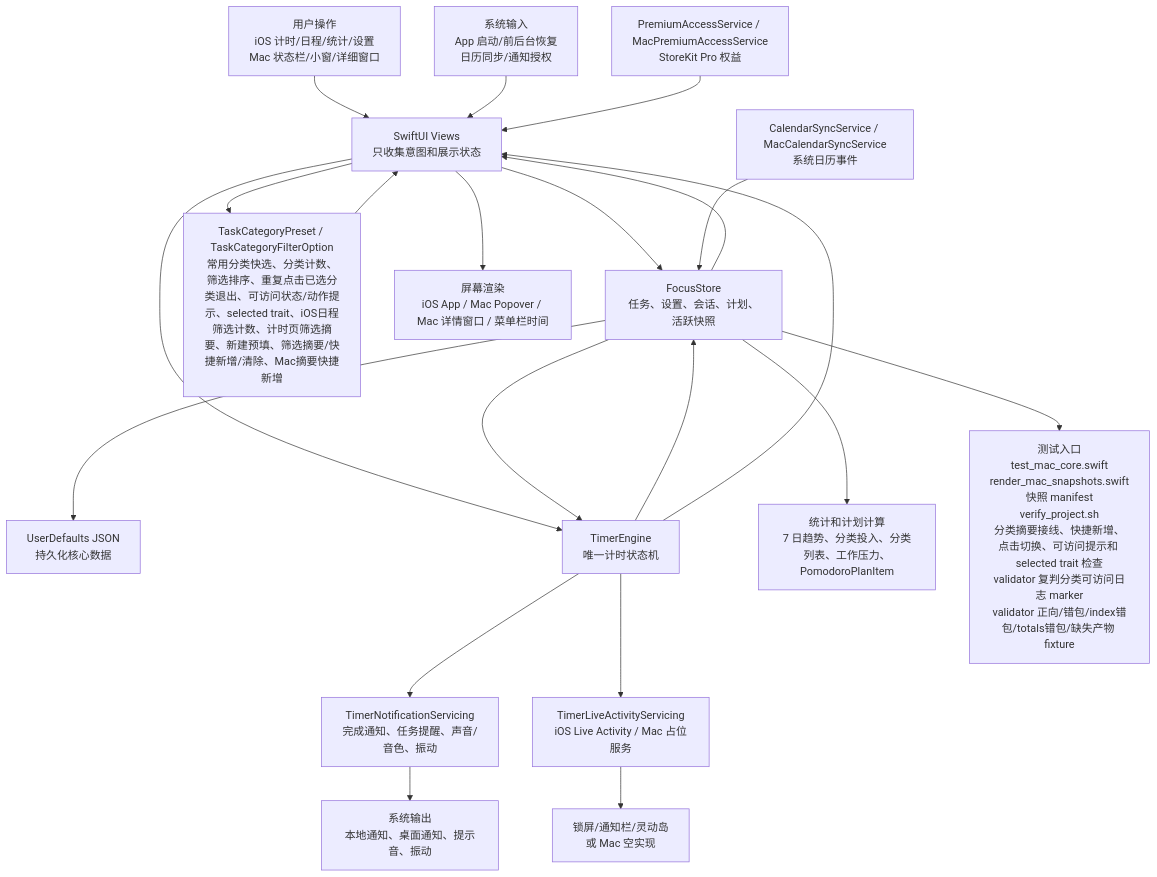
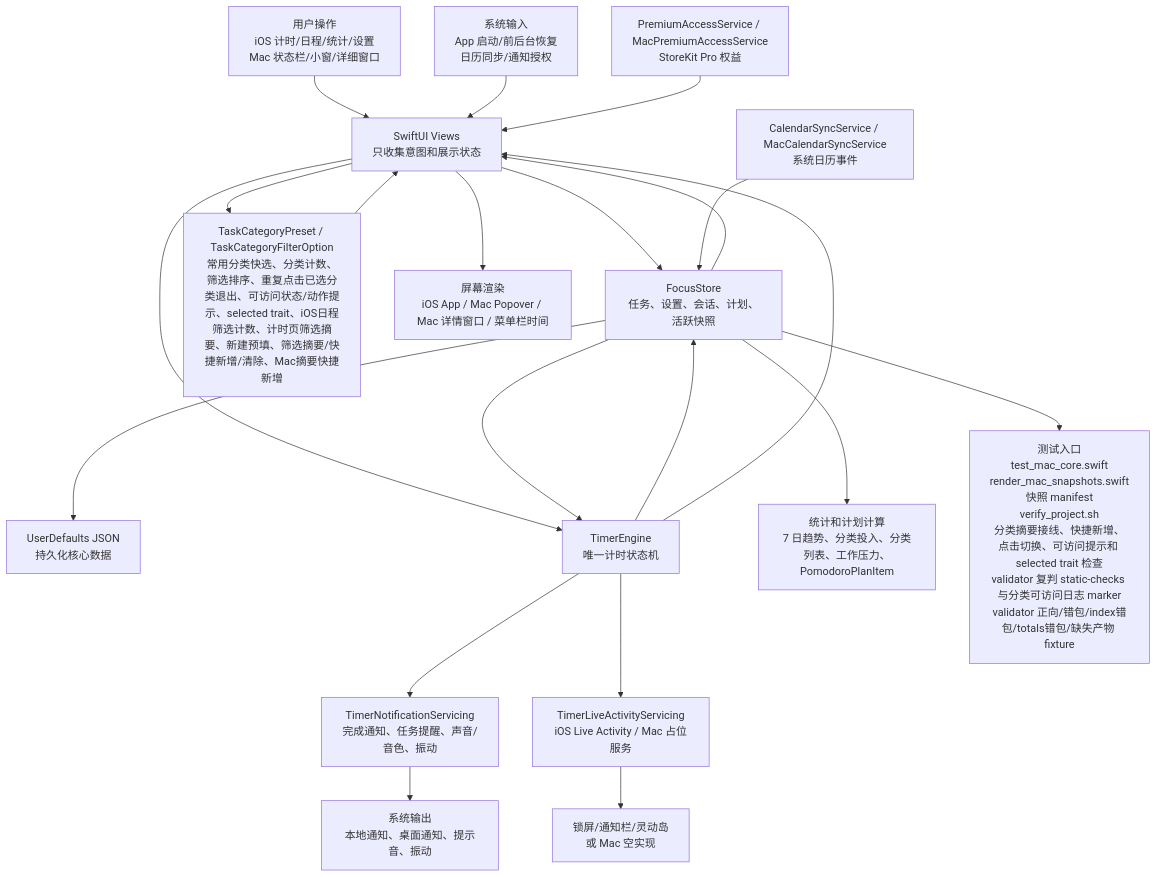
Before and after one commit to Altman-sam114/114: the first of 6 diagrams in md/flow/flowchart.md, drawn with Mermaid. The commit also changed other lines of this file and 7 other files, not shown here.

````diff
--- a/md/flow/flowchart.md
+++ b/md/flow/flowchart.md
@@ -9,23 +9,23 @@
 ```mermaid
 flowchart TD
   U["用户操作<br/>iOS 计时/日程/统计/设置<br/>Mac 状态栏/小窗/详细窗口"] --> V["SwiftUI Views<br/>只收集意图和展示状态"]
   SYS["系统输入<br/>App 启动/前后台恢复<br/>日历同步/通知授权"] --> V
   V --> S["FocusStore<br/>任务、设置、会话、计划、活跃快照"]
   V --> CAT["TaskCategoryPreset / TaskCategoryFilterOption<br/>常用分类快选、分类计数、筛选排序、重复点击已选分类退出、可访问状态/动作提示、selected trait、iOS日程筛选计数、计时页筛选摘要、新建预填、筛选摘要/快捷新增/清除、Mac摘要快捷新增"]
   CAT --> V
   S --> P["UserDefaults JSON<br/>持久化核心数据"]
   V --> E["TimerEngine<br/>唯一计时状态机"]
   S --> E
   E --> S
   E --> N["TimerNotificationServicing<br/>完成通知、任务提醒、声音/音色、振动"]
   E --> L["TimerLiveActivityServicing<br/>iOS Live Activity / Mac 占位服务"]
   S --> C["统计和计划计算<br/>7 日趋势、分类投入、分类列表、工作压力、PomodoroPlanItem"]
   CAL["CalendarSyncService / MacCalendarSyncService<br/>系统日历事件"] --> S
   PRO["PremiumAccessService / MacPremiumAccessService<br/>StoreKit Pro 权益"] --> V
   S --> V
   E --> V
   V --> OUT["屏幕渲染<br/>iOS App / Mac Popover / Mac 详情窗口 / 菜单栏时间"]
   N --> OUT2["系统输出<br/>本地通知、桌面通知、提示音、振动"]
   L --> OUT3["锁屏/通知栏/灵动岛<br/>或 Mac 空实现"]
-  S --> T["测试入口<br/>test_mac_core.swift<br/>render_mac_snapshots.swift<br/>快照 manifest<br/>verify_project.sh<br/>分类摘要接线、快捷新增、点击切换、可访问提示和 selected trait 检查<br/>validator 复判分类可访问日志 marker<br/>validator 正向/错包/index错包/totals错包/缺失产物 fixture"]
+  S --> T["测试入口<br/>test_mac_core.swift<br/>render_mac_snapshots.swift<br/>快照 manifest<br/>verify_project.sh<br/>分类摘要接线、快捷新增、点击切换、可访问提示和 selected trait 检查<br/>validator 复判 static-checks 与分类可访问日志 marker<br/>validator 正向/错包/index错包/totals错包/缺失产物 fixture"]
 ```
````
